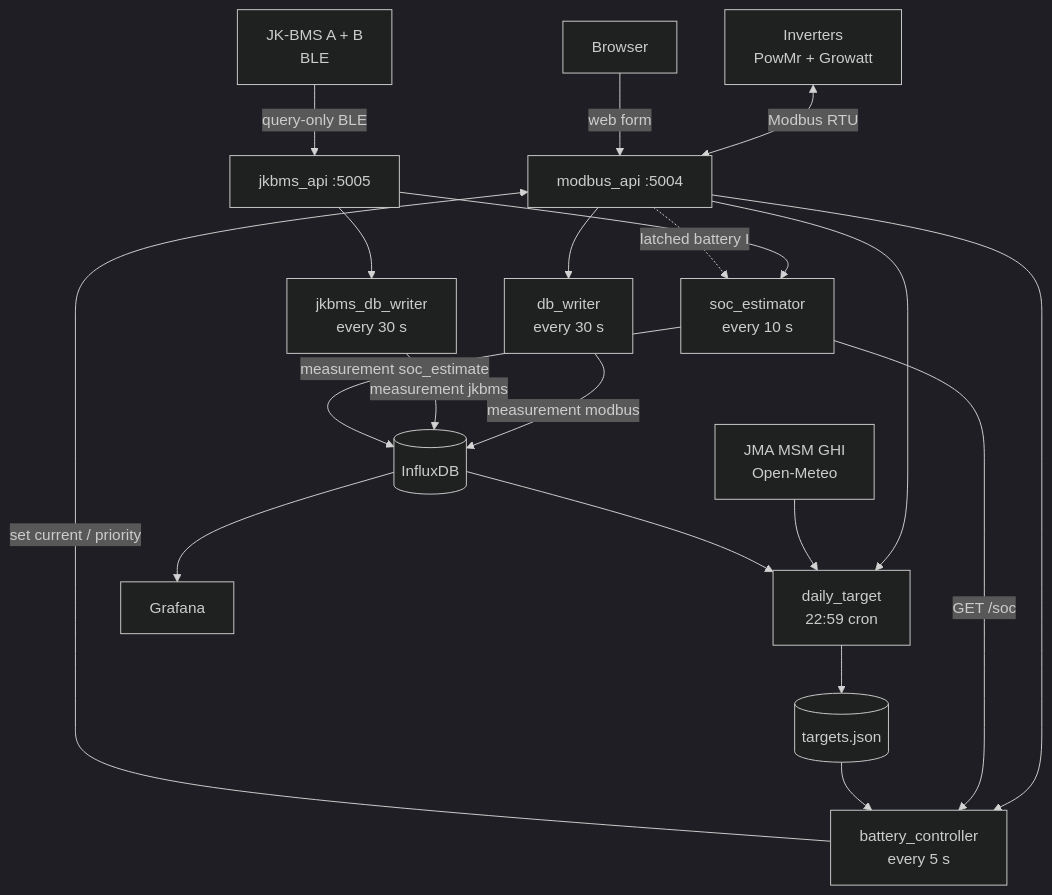
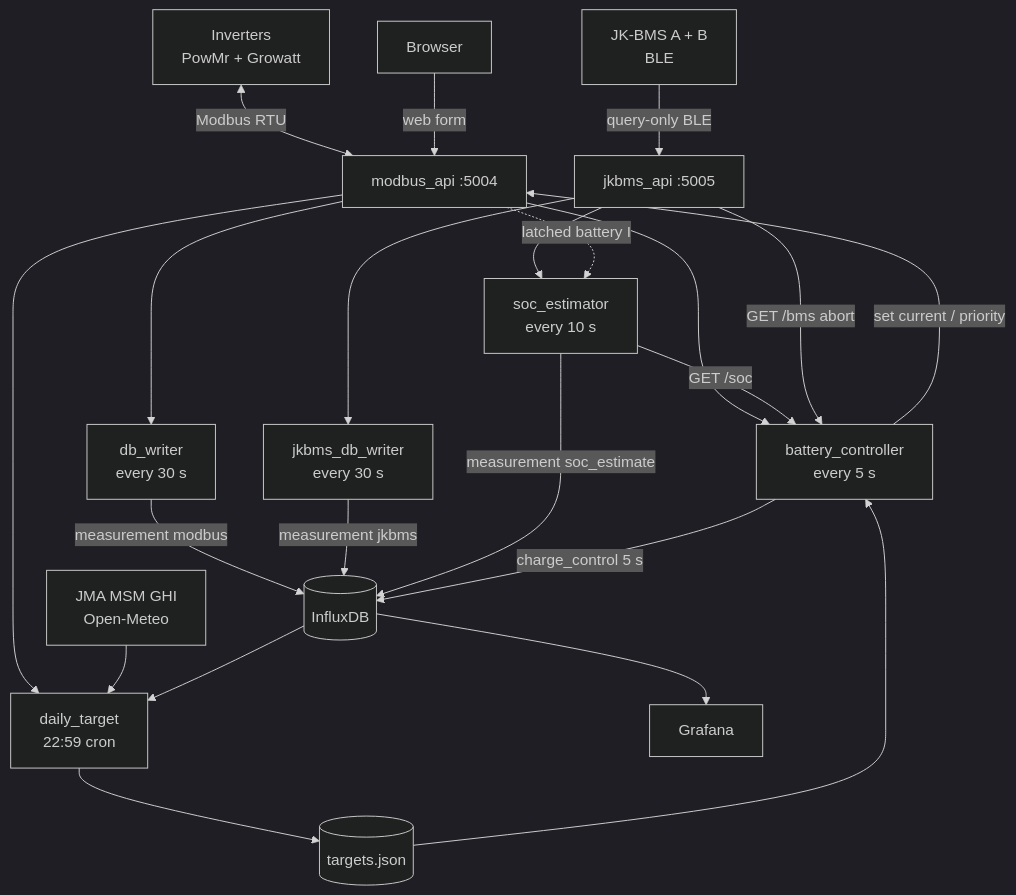
Before and after one commit to sadaoikebe/srne-solar-controller: the diagram in README.md, drawn with Mermaid (dark theme). The commit also changed other lines of this file and 6 other files, not shown here.

First line of the commit message:
docs: record control status and split charge vs SoC notes

````diff
--- a/README.md
+++ b/README.md
@@ -27,30 +29,32 @@
 ```mermaid
 graph TD
     INV[Inverters<br/>PowMr + Growatt]
     BMS[JK-BMS A + B<br/>BLE]
     JMA[JMA MSM GHI<br/>Open-Meteo]
     USER[Browser]
 
     INV <-->|Modbus RTU| API[modbus_api :5004]
     BMS -->|query-only BLE| JB[jkbms_api :5005]
     USER -->|web form| API
 
     API --> BC[battery_controller<br/>every 5 s]
     SE -->|GET /soc| BC
     API --> DW[db_writer<br/>every 30 s]
     API --> DT[daily_target<br/>22:59 cron]
     JB --> JW[jkbms_db_writer<br/>every 30 s]
     JB --> SE[soc_estimator<br/>every 10 s]
     API -.->|latched battery I| SE
     BC -->|set current / priority| API
+    JB -->|GET /bms abort| BC
 
     JMA --> DT
     DT --> TJ[(targets.json)]
     TJ --> BC
 
     DW -->|measurement modbus| IF[(InfluxDB)]
     JW -->|measurement jkbms| IF
     SE -->|measurement soc_estimate| IF
+    BC -->|charge_control 5 s| IF
     IF --> DT
     IF --> GF[Grafana]
 ```
````
